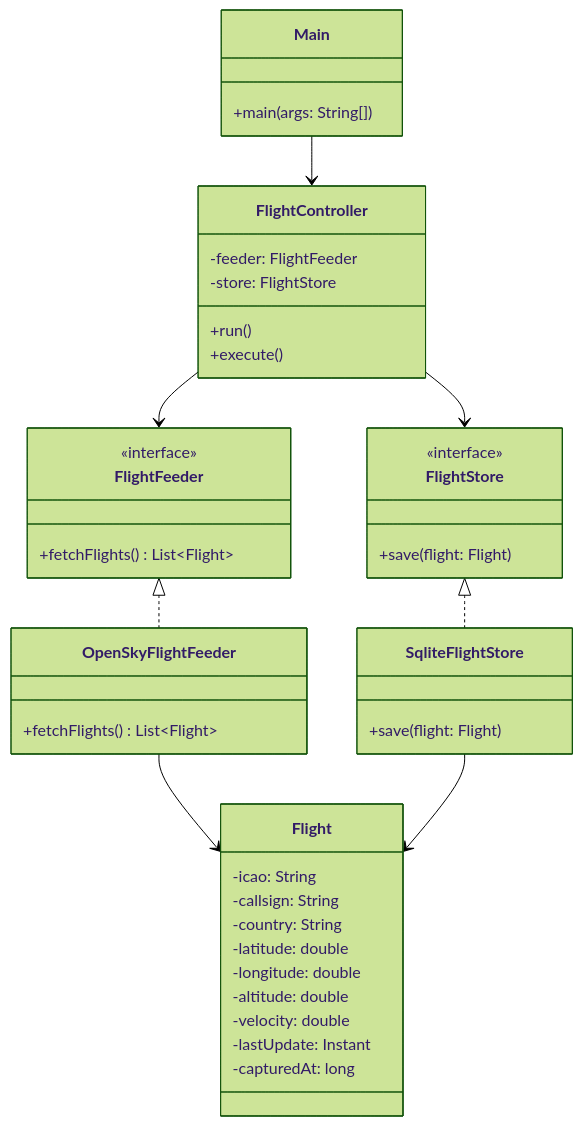
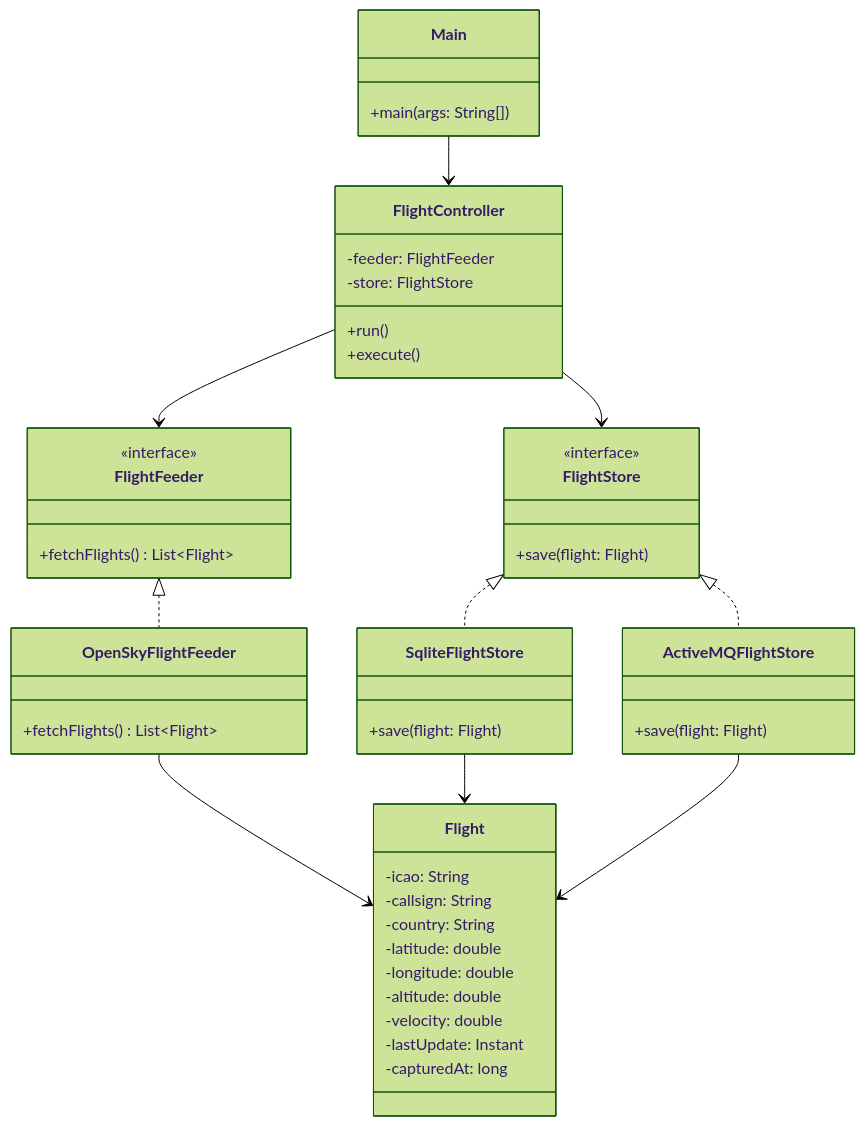
The second of 4 diagrams in README.md (dacd-projects/project-dacd-sprint1), drawn with Mermaid (forest theme) before and after one commit. The commit also changed other lines of this file, not shown here.

Commit message:
update README for Sprint 2 with architecture, diagrams and execution instructions

````diff
--- a/README.md
+++ b/README.md
@@ -52,45 +62,50 @@
 ```mermaid
 classDiagram
     class Main {
         +main(args: String[])
     }
     class FlightController {
         -feeder: FlightFeeder
         -store: FlightStore
         +run()
         +execute()
     }
     class FlightFeeder {
         <<interface>>
         +fetchFlights() List~Flight~
     }
     class FlightStore {
         <<interface>>
         +save(flight: Flight)
     }
     class OpenSkyFlightFeeder {
         +fetchFlights() List~Flight~
     }
     class SqliteFlightStore {
         +save(flight: Flight)
     }
+    class ActiveMQFlightStore {
+        +save(flight: Flight)
+    }
     class Flight {
         -icao: String
         -callsign: String
         -country: String
         -latitude: double
         -longitude: double
         -altitude: double
         -velocity: double
         -lastUpdate: Instant
         -capturedAt: long
     }
 
     Main --> FlightController
     FlightController --> FlightFeeder
     FlightController --> FlightStore
     FlightFeeder <|.. OpenSkyFlightFeeder
     FlightStore <|.. SqliteFlightStore
+    FlightStore <|.. ActiveMQFlightStore
     OpenSkyFlightFeeder --> Flight
     SqliteFlightStore --> Flight
+    ActiveMQFlightStore --> Flight
 ```
````
